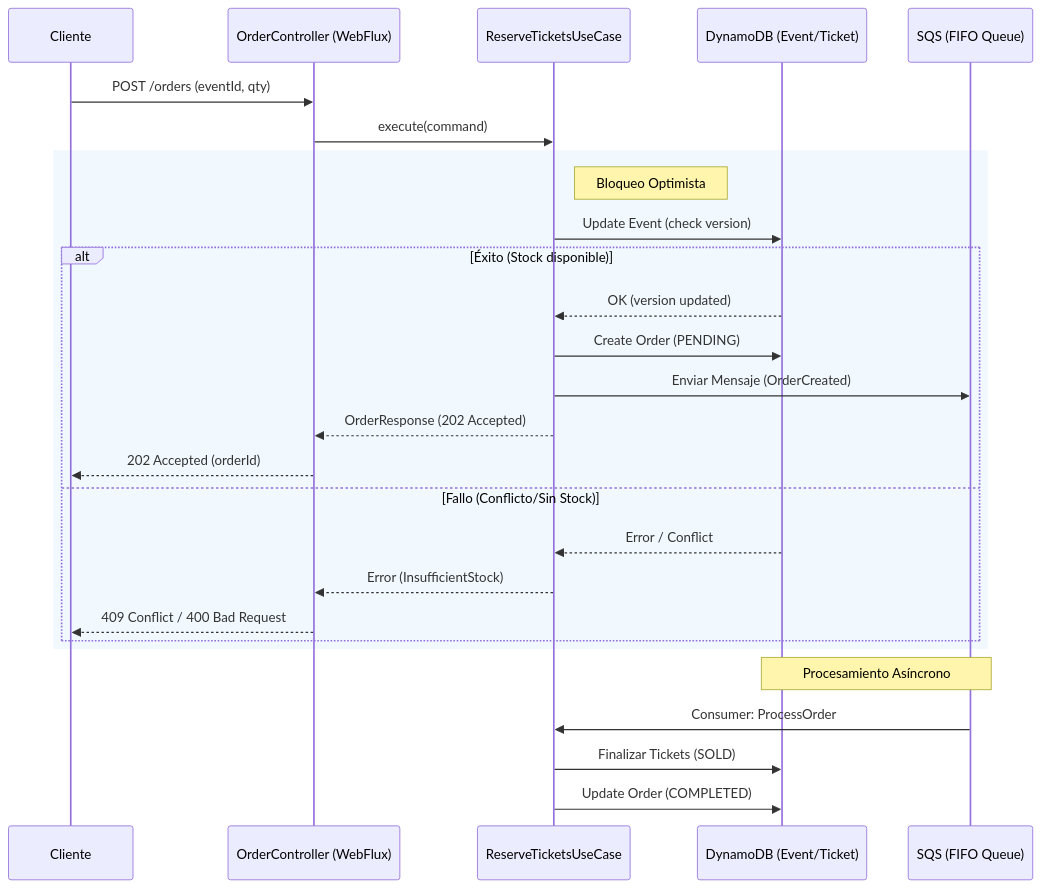
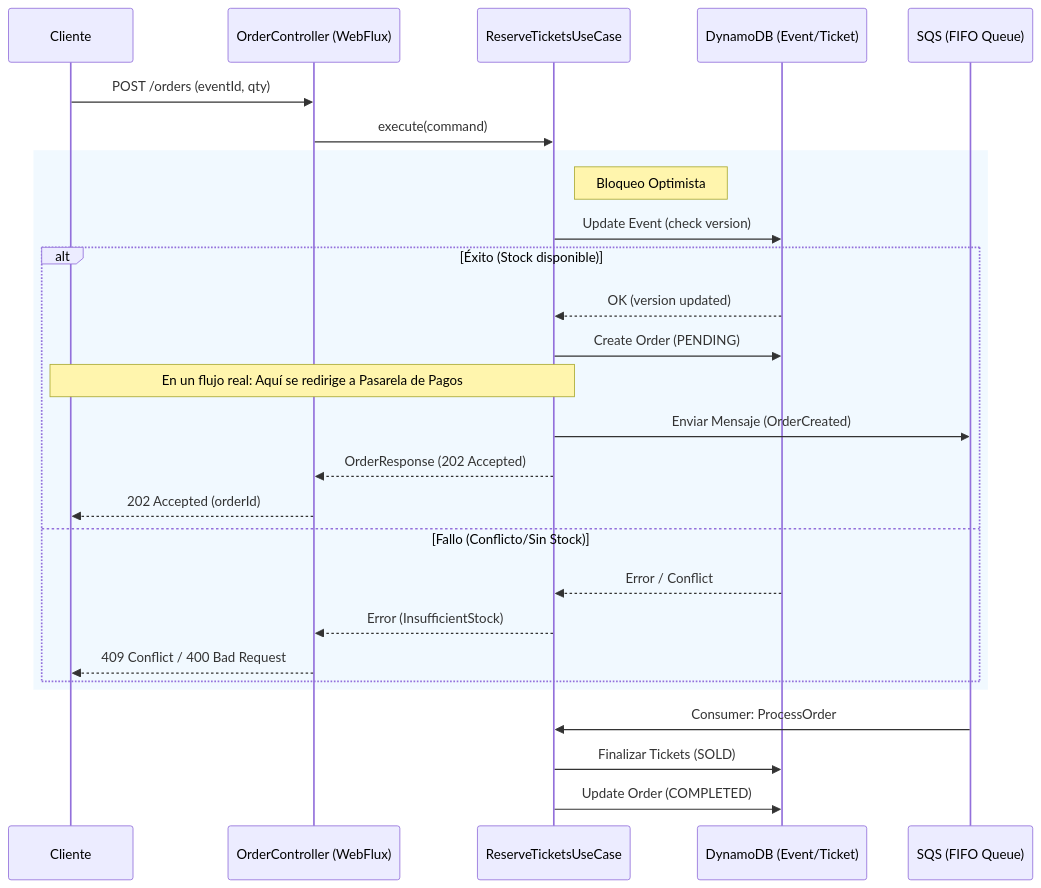
Before and after one commit to Jhoan150/TicketingReactive: the second of 7 diagrams in docs/diagrams.md, drawn with Mermaid. The commit also changed other lines of this file and 22 other files, not shown here.

````diff
--- a/docs/diagrams.md
+++ b/docs/diagrams.md
@@ -45,32 +45,32 @@
 ```mermaid
 sequenceDiagram
     participant C as Cliente
     participant A as OrderController (WebFlux)
     participant UC as ReserveTicketsUseCase
     participant D as DynamoDB (Event/Ticket)
     participant Q as SQS (FIFO Queue)
 
     C->>A: POST /orders (eventId, qty)
     A->>UC: execute(command)
     
     rect rgba(200, 230, 255, 0.26)
         Note right of UC: Bloqueo Optimista
         UC->>D: Update Event (check version)
         alt Éxito (Stock disponible)
             D-->>UC: OK (version updated)
             UC->>D: Create Order (PENDING)
+            Note over UC,C: En un flujo real: Aquí se redirige a Pasarela de Pagos
             UC->>Q: Enviar Mensaje (OrderCreated)
             UC-->>A: OrderResponse (202 Accepted)
             A-->>C: 202 Accepted (orderId)
         else Fallo (Conflicto/Sin Stock)
             D-->>UC: Error / Conflict
             UC-->>A: Error (InsufficientStock)
             A-->>C: 409 Conflict / 400 Bad Request
         end
     end
 
-    Note over Q,D: Procesamiento Asíncrono
     Q->>UC: Consumer: ProcessOrder
     UC->>D: Finalizar Tickets (SOLD)
     UC->>D: Update Order (COMPLETED)
 ```
````
